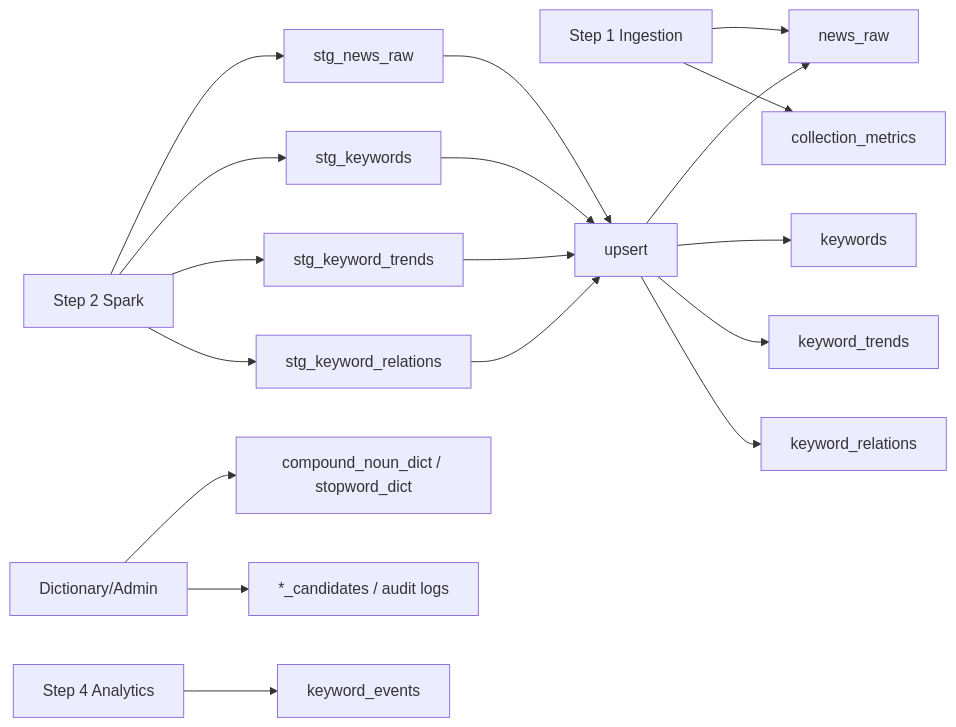
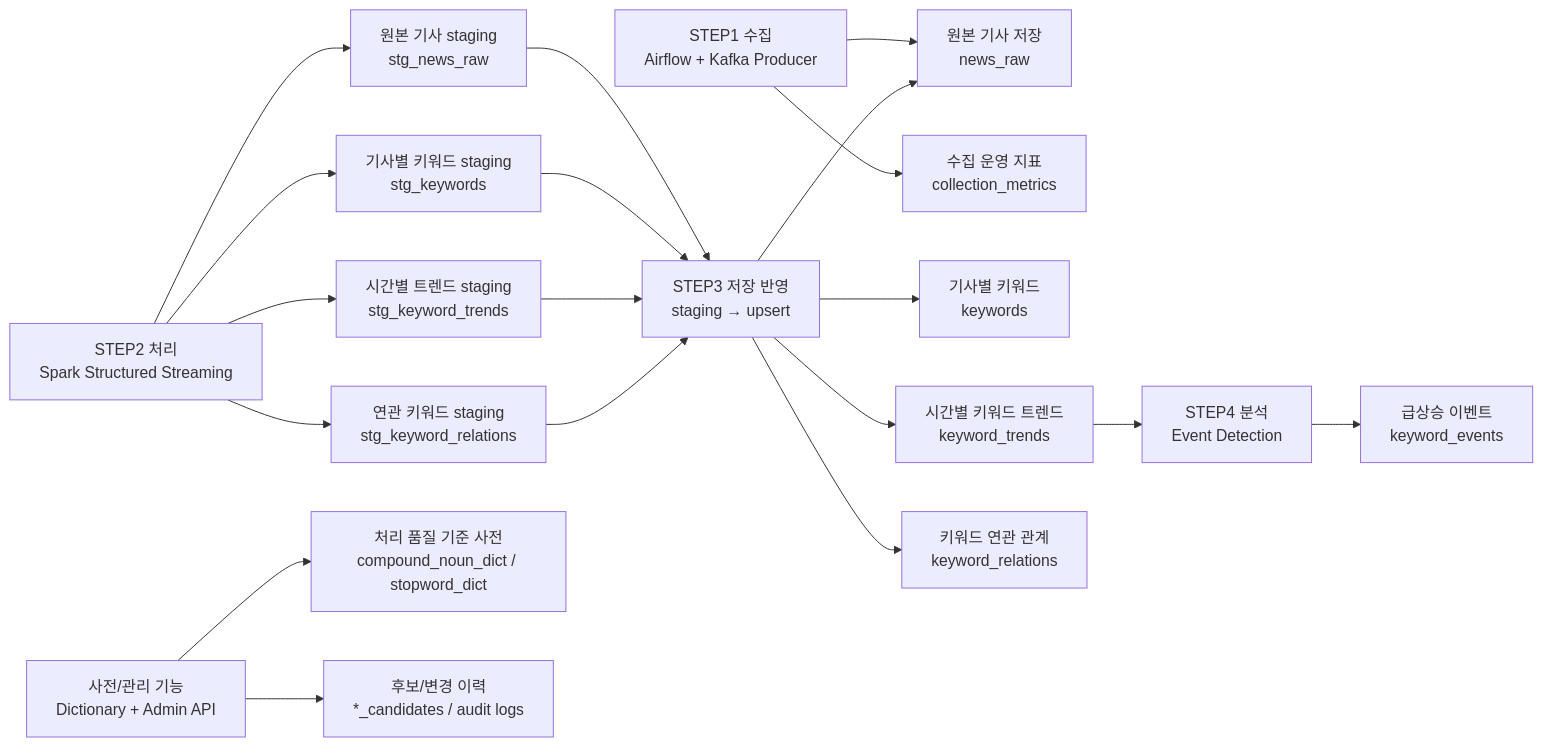
One commit to yeongmin-yu/news-trend-pipeline-dev changed the diagram in docs/design/STEP3_STORAGE.md. Above: the diagram before and after it, drawn with Mermaid. The commit also changed 7 other files, not shown here.

````diff
--- a/docs/design/STEP3_STORAGE.md
+++ b/docs/design/STEP3_STORAGE.md
@@ -21,20 +21,31 @@
 ```mermaid
 flowchart LR
-    A["Step 1 Ingestion"] --> B["news_raw"]
-    A --> C["collection_metrics"]
-    D["Step 2 Spark"] --> E["stg_news_raw"]
-    D --> F["stg_keywords"]
-    D --> G["stg_keyword_trends"]
-    D --> H["stg_keyword_relations"]
-    E --> I["upsert"]
+    %% STEP1: 수집 결과
+    A["STEP1 수집<br/>Airflow + Kafka Producer"] --> B["원본 기사 저장<br/>news_raw"]
+    A --> C["수집 운영 지표<br/>collection_metrics"]
+
+    %% STEP2: Spark 처리 결과
+    D["STEP2 처리<br/>Spark Structured Streaming"] --> E["원본 기사 staging<br/>stg_news_raw"]
+    D --> F["기사별 키워드 staging<br/>stg_keywords"]
+    D --> G["시간별 트렌드 staging<br/>stg_keyword_trends"]
+    D --> H["연관 키워드 staging<br/>stg_keyword_relations"]
+
+    %% STEP3: Storage 반영
+    E --> I["STEP3 저장 반영<br/>staging → upsert"]
     F --> I
     G --> I
     H --> I
+
     I --> B
-    I --> J["keywords"]
-    I --> K["keyword_trends"]
-    I --> L["keyword_relations"]
-    M["Dictionary/Admin"] --> N["compound_noun_dict / stopword_dict"]
-    M --> O["*_candidates / audit logs"]
-    P["Step 4 Analytics"] --> Q["keyword_events"]
+    I --> J["기사별 키워드<br/>keywords"]
+    I --> K["시간별 키워드 트렌드<br/>keyword_trends"]
+    I --> L["키워드 연관 관계<br/>keyword_relations"]
+
+    %% Dictionary/Admin
+    M["사전/관리 기능<br/>Dictionary + Admin API"] --> N["처리 품질 기준 사전<br/>compound_noun_dict / stopword_dict"]
+    M --> O["후보/변경 이력<br/>*_candidates / audit logs"]
+
+    %% STEP4: Analytics
+    P["STEP4 분석<br/>Event Detection"] --> Q["급상승 이벤트<br/>keyword_events"]
+    K --> P
 ```
````
